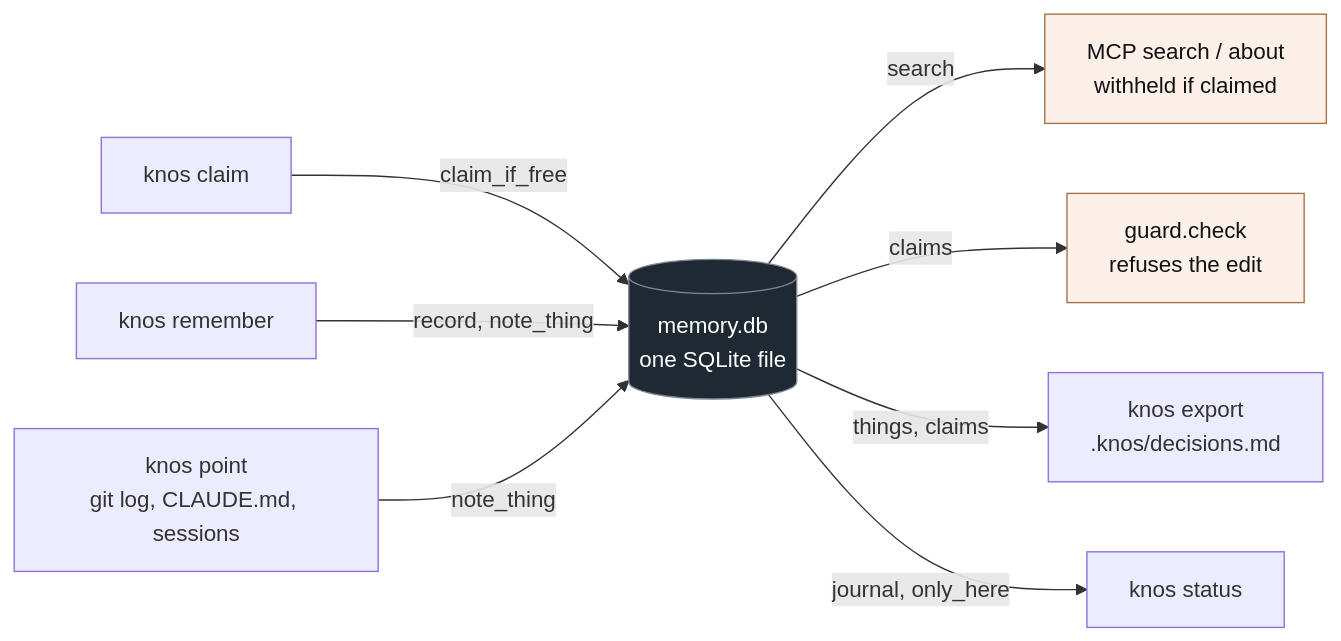
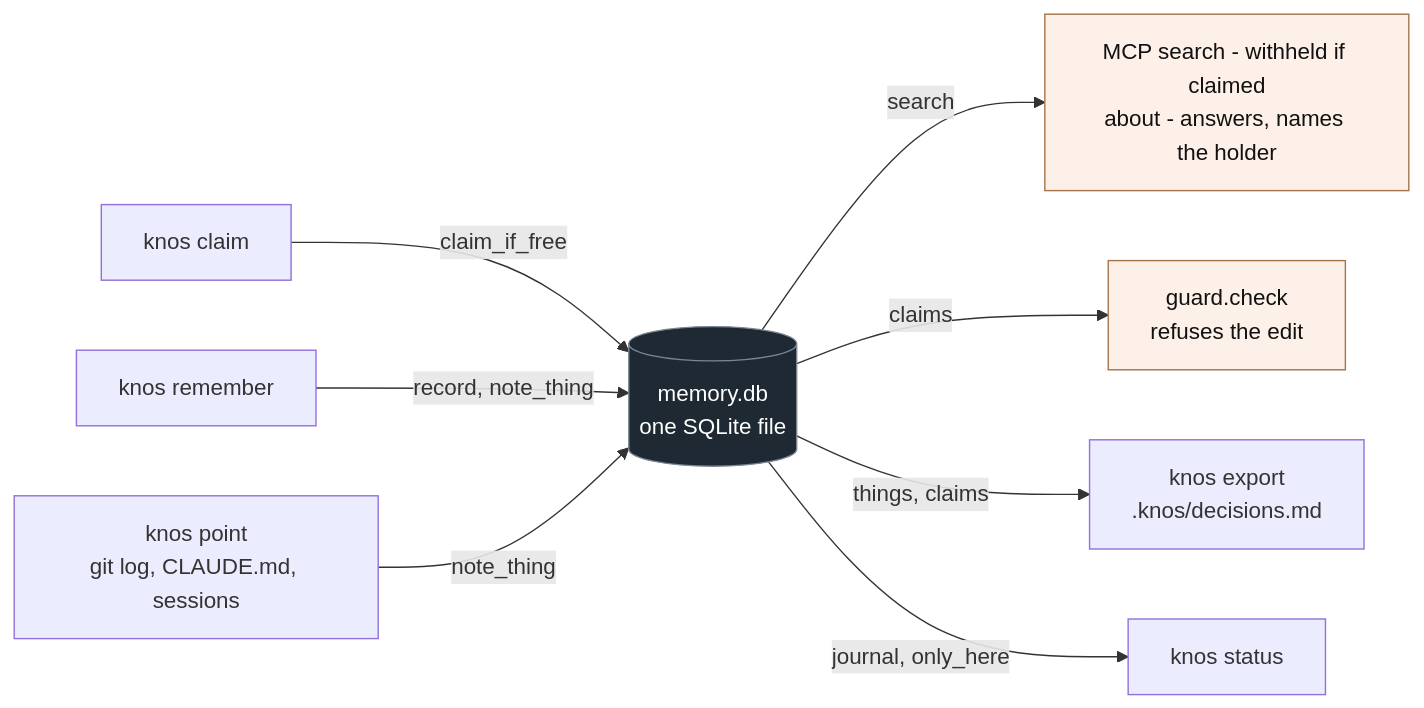
One commit to drexthealpha/Knos changed the first of 4 diagrams in docs/GUIDE.md. Above: the diagram before and after it, drawn with Mermaid. The commit also changed other lines of this file and 20 other files, not shown here.

````diff
--- a/docs/GUIDE.md
+++ b/docs/GUIDE.md
@@ -163,15 +163,15 @@
 ```mermaid
 flowchart LR
     CLAIM["knos claim"] -->|"claim_if_free"| DB[("memory.db<br>one SQLite file")]
     TELL["knos remember"] -->|"record, note_thing"| DB
     READ["knos point<br>git log, CLAUDE.md, sessions"] -->|"note_thing"| DB
 
-    DB -->|"search"| ASK["MCP search / about<br>withheld if claimed"]
+    DB -->|"search"| ASK["MCP search - withheld if claimed<br>about - answers, names the holder"]
     DB -->|"claims"| GUARD["guard.check<br>refuses the edit"]
     DB -->|"things, claims"| EXP["knos export<br>.knos/decisions.md"]
     DB -->|"journal, only_here"| ST["knos status"]
 
     style DB fill:#1f2933,stroke:#7b8794,color:#ffffff
     style ASK fill:#fdf0e8,stroke:#a5744a,color:#111111
     style GUARD fill:#fdf0e8,stroke:#a5744a,color:#111111
 ```
````
